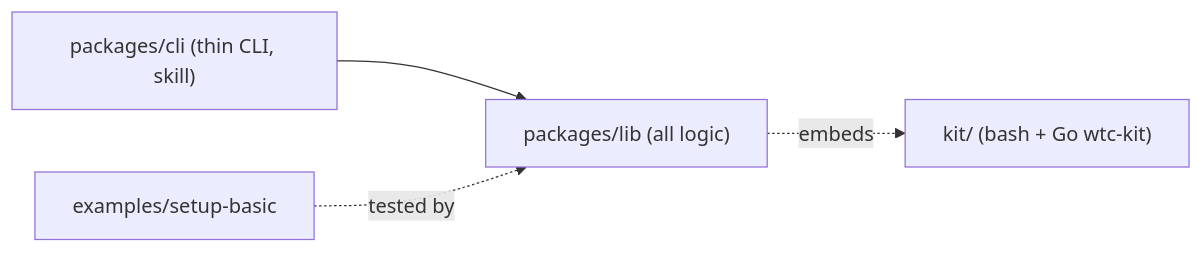
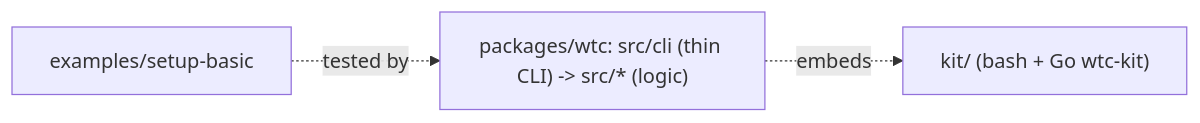
Before and after one commit to lyonbot/wtc: the diagram in DEVELOPMENT.md, drawn with Mermaid. The commit also changed other lines of this file and 84 other files, not shown here.

First line of the commit message:
refactor: merge cli+lib into single package @lyonbot/wtc

````diff
--- a/DEVELOPMENT.md
+++ b/DEVELOPMENT.md
@@ -5,6 +5,5 @@
 ```mermaid
 flowchart LR
-  cli["packages/cli (thin CLI, skill)"] --> lib["packages/lib (all logic)"]
-  lib -. embeds .-> kit["kit/ (bash + Go wtc-kit)"]
-  ex["examples/setup-basic"] -. tested by .-> lib
+  pkg["packages/wtc: src/cli (thin CLI) -> src/* (logic)"] -. embeds .-> kit["kit/ (bash + Go wtc-kit)"]
+  ex["examples/setup-basic"] -. tested by .-> pkg
 ```
````
